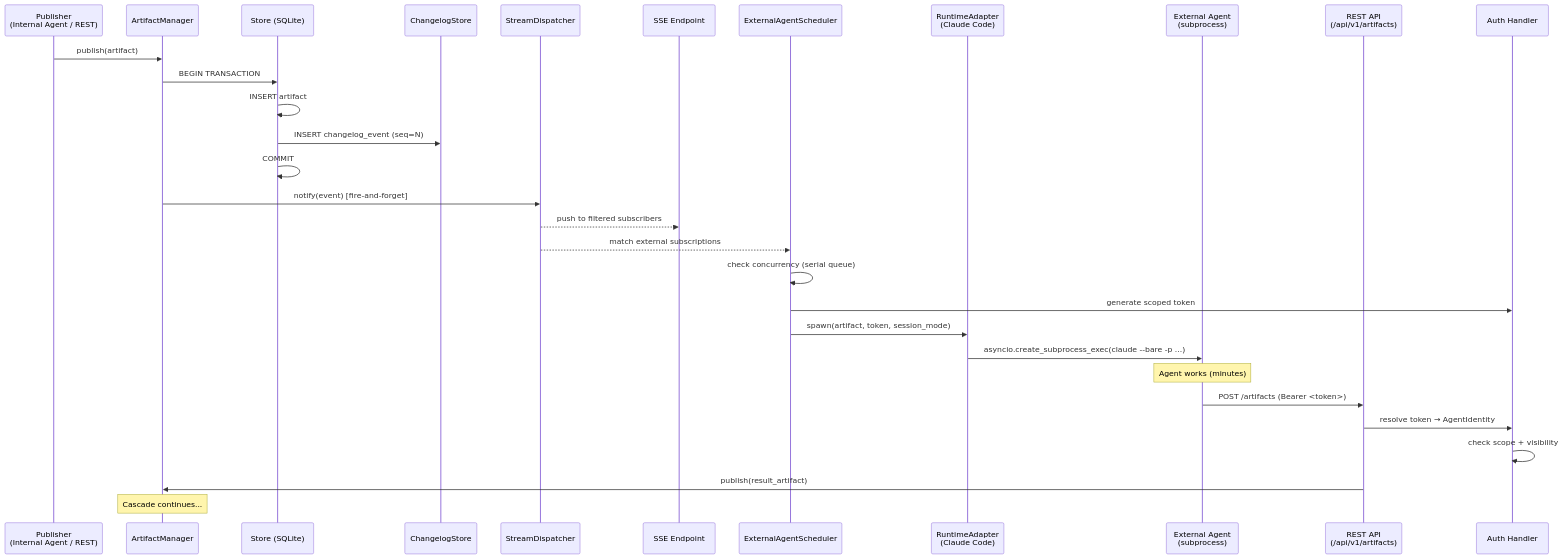
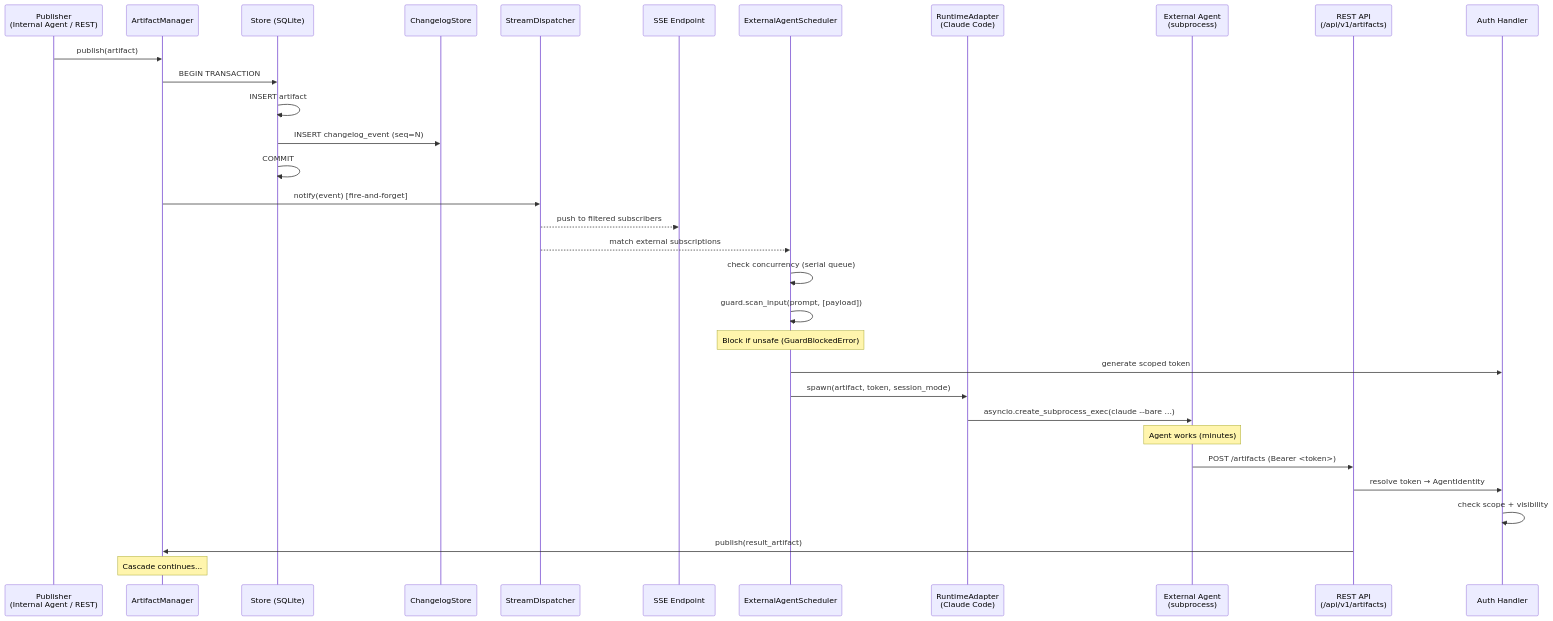
One commit to whiteducksoftware/flock changed the diagram in docs/plans/2026-04-08-001-feat-meta-orchestrator-plan.md. Above: the diagram before and after it, drawn with Mermaid. The commit also changed other lines of this file, not shown here.

First line of the commit message:
docs: deeply integrate GuardComponent into meta-orchestrator plan

````diff
--- a/docs/plans/2026-04-08-001-feat-meta-orchestrator-plan.md
+++ b/docs/plans/2026-04-08-001-feat-meta-orchestrator-plan.md
@@ -140,33 +140,35 @@
 ```mermaid
 sequenceDiagram
     participant P as Publisher<br/>(Internal Agent / REST)
     participant AM as ArtifactManager
     participant S as Store (SQLite)
     participant CL as ChangelogStore
     participant SD as StreamDispatcher
     participant SSE as SSE Endpoint
     participant EAS as ExternalAgentScheduler
     participant RT as RuntimeAdapter<br/>(Claude Code)
     participant EA as External Agent<br/>(subprocess)
     participant API as REST API<br/>(/api/v1/artifacts)
     participant Auth as Auth Handler
 
     P->>AM: publish(artifact)
     AM->>S: BEGIN TRANSACTION
     S->>S: INSERT artifact
     S->>CL: INSERT changelog_event (seq=N)
     S->>S: COMMIT
     AM->>SD: notify(event) [fire-and-forget]
     SD-->>SSE: push to filtered subscribers
     SD-->>EAS: match external subscriptions
     EAS->>EAS: check concurrency (serial queue)
+    EAS->>EAS: guard.scan_input(prompt, [payload])
+    Note over EAS: Block if unsafe (GuardBlockedError)
     EAS->>Auth: generate scoped token
     EAS->>RT: spawn(artifact, token, session_mode)
-    RT->>EA: asyncio.create_subprocess_exec(claude --bare -p ...)
+    RT->>EA: asyncio.create_subprocess_exec(claude --bare ...)
     Note over EA: Agent works (minutes)
     EA->>API: POST /artifacts (Bearer <token>)
     API->>Auth: resolve token → AgentIdentity
     Auth->>Auth: check scope + visibility
     API->>AM: publish(result_artifact)
     Note over AM: Cascade continues...
 ```
````
